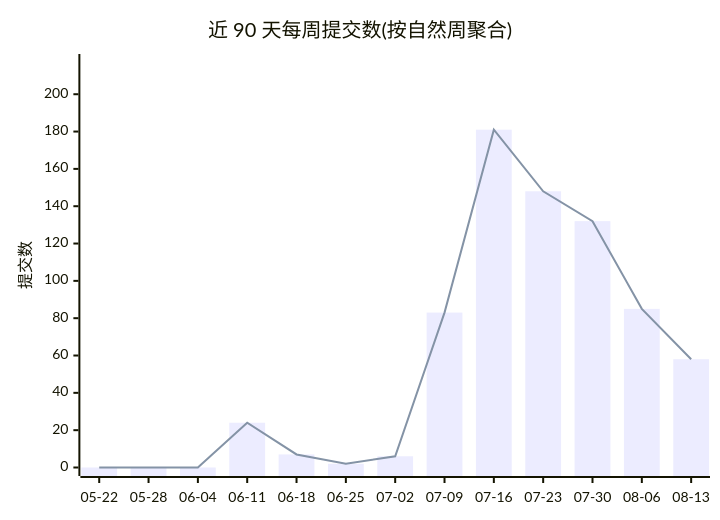
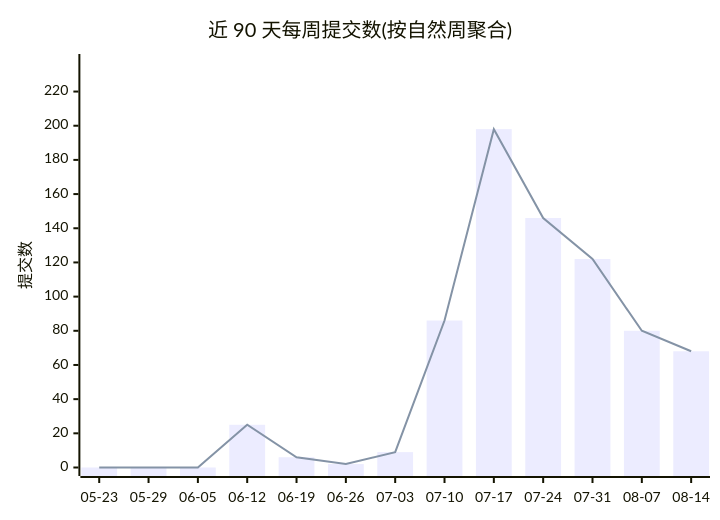
Before and after one commit to Conflux-Union/.github: the first of 2 diagrams in profile/README.md, drawn with Mermaid. The commit also changed other lines of this file and 1 other file, not shown here.

````diff
--- a/profile/README.md
+++ b/profile/README.md
@@ -44,8 +44,8 @@
 ```mermaid
 xychart-beta
     title "近 90 天每周提交数(按自然周聚合)"
-    x-axis ["05-22", "05-28", "06-04", "06-11", "06-18", "06-25", "07-02", "07-09", "07-16", "07-23", "07-30", "08-06", "08-13"]
-    y-axis "提交数" 0 --> 217
-    bar [0, 0, 0, 24, 7, 2, 6, 83, 181, 148, 132, 85, 58]
-    line [0, 0, 0, 24, 7, 2, 6, 83, 181, 148, 132, 85, 58]
+    x-axis ["05-23", "05-29", "06-05", "06-12", "06-19", "06-26", "07-03", "07-10", "07-17", "07-24", "07-31", "08-07", "08-14"]
+    y-axis "提交数" 0 --> 237
+    bar [0, 0, 0, 25, 6, 2, 9, 86, 198, 146, 122, 80, 68]
+    line [0, 0, 0, 25, 6, 2, 9, 86, 198, 146, 122, 80, 68]
 ```
````
